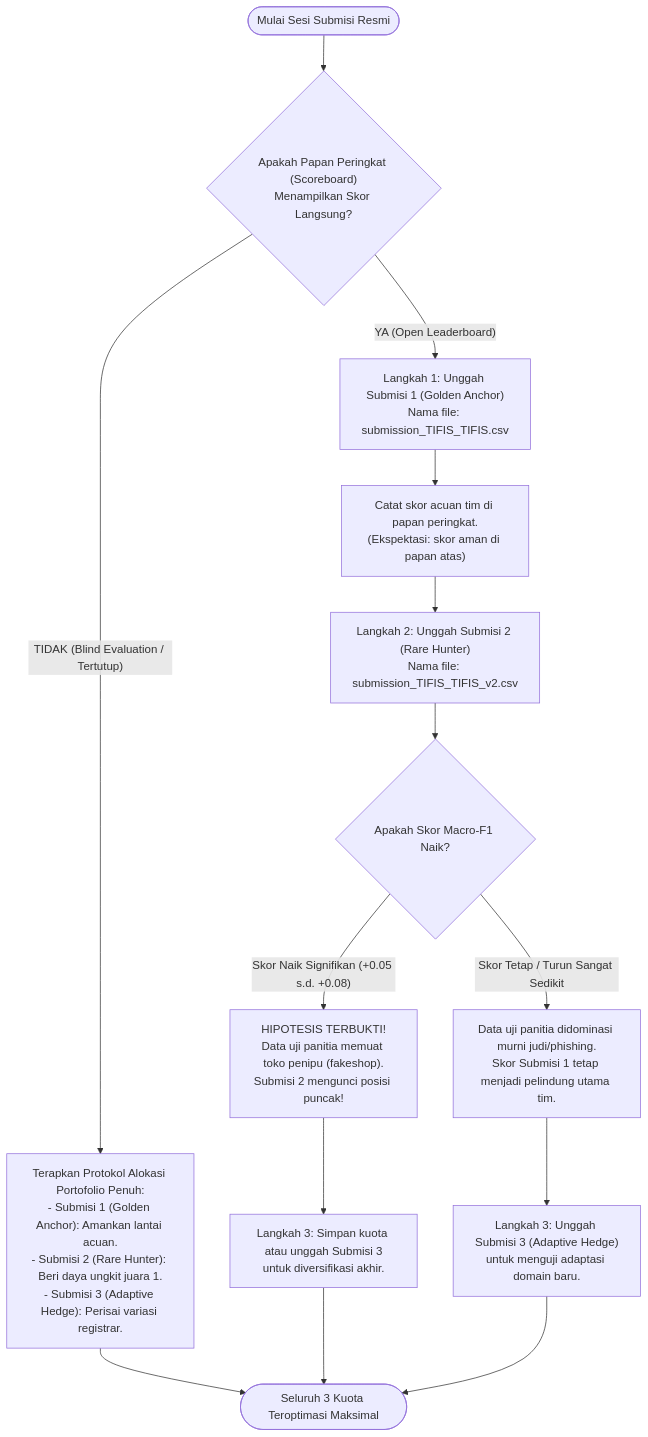
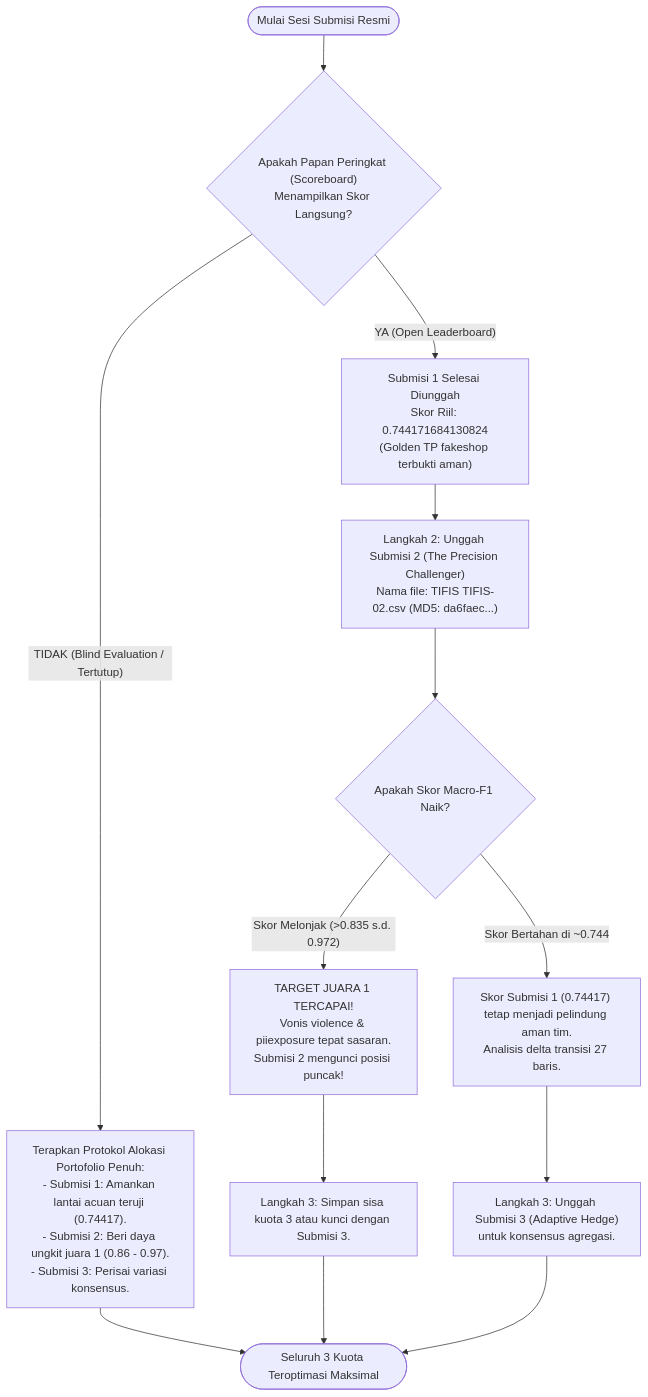
The diagram in docs/SOP_PANDUAN_SUBMISI_PANITIA.md (caerdfasgrae/PEDAS-2026), drawn with Mermaid before and after one commit. The commit also changed other lines of this file and 22 other files, not shown here.

Commit message:
feat: finalize Submisi 2 pipeline (Model C LinearSVC+XGBoost), sync all documentation, update XAI justification, refresh final presentation PPTX, and lock MD5 da6faecbfb87d1f6a35b1f179902cde1

````diff
--- a/docs/SOP_PANDUAN_SUBMISI_PANITIA.md
+++ b/docs/SOP_PANDUAN_SUBMISI_PANITIA.md
@@ -63,20 +63,19 @@
 ```mermaid
 flowchart TD
     Start(["Mulai Sesi Submisi Resmi"]) --> CheckLB{"Apakah Papan Peringkat (Scoreboard)<br/>Menampilkan Skor Langsung?"}
 
-    CheckLB -- "YA (Open Leaderboard)" --> OpenS1["Langkah 1: Unggah Submisi 1 (Golden Anchor)<br/>Nama file: submission_TIFIS_TIFIS.csv"]
-    OpenS1 --> NoteS1["Catat skor acuan tim di papan peringkat.<br/>(Ekspektasi: skor aman di papan atas)"]
-    NoteS1 --> OpenS2["Langkah 2: Unggah Submisi 2 (Rare Hunter)<br/>Nama file: submission_TIFIS_TIFIS_v2.csv"]
-    OpenS2 --> CompareScore{"Apakah Skor Macro-F1 Naik?"}
+    CheckLB -- "YA (Open Leaderboard)" --> S1Done["Submisi 1 Selesai Diunggah<br/>Skor Riil: 0.744171684130824<br/>(Golden TP fakeshop terbukti aman)"]
+    S1Done --> S2Upload["Langkah 2: Unggah Submisi 2 (The Precision Challenger)<br/>Nama file: TIFIS TIFIS-02.csv (MD5: da6faec...)"]
+    S2Upload --> CompareScore{"Apakah Skor Macro-F1 Naik?"}
     
-    CompareScore -- "Skor Naik Signifikan (+0.05 s.d. +0.08)" --> WinCase["HIPOTESIS TERBUKTI!<br/>Data uji panitia memuat toko penipu (fakeshop).<br/>Submisi 2 mengunci posisi puncak!"]
-    WinCase --> OpenS3A["Langkah 3: Simpan kuota atau unggah Submisi 3<br/>untuk diversifikasi akhir."]
+    CompareScore -- "Skor Melonjak (>0.835 s.d. 0.972)" --> WinCase["TARGET JUARA 1 TERCAPAI!<br/>Vonis violence & piiexposure tepat sasaran.<br/>Submisi 2 mengunci posisi puncak!"]
+    WinCase --> OpenS3A["Langkah 3: Simpan sisa kuota 3 atau kunci dengan Submisi 3."]
     
-    CompareScore -- "Skor Tetap / Turun Sangat Sedikit" --> SafeCase["Data uji panitia didominasi murni judi/phishing.<br/>Skor Submisi 1 tetap menjadi pelindung utama tim."]
-    SafeCase --> OpenS3B["Langkah 3: Unggah Submisi 3 (Adaptive Hedge)<br/>untuk menguji adaptasi domain baru."]
+    CompareScore -- "Skor Bertahan di ~0.744" --> SafeCase["Skor Submisi 1 (0.74417) tetap menjadi pelindung aman tim.<br/>Analisis delta transisi 27 baris."]
+    SafeCase --> OpenS3B["Langkah 3: Unggah Submisi 3 (Adaptive Hedge)<br/>untuk konsensus agregasi."]
     
-    CheckLB -- "TIDAK (Blind Evaluation / Tertutup)" --> BlindAll["Terapkan Protokol Alokasi Portofolio Penuh:<br/>- Submisi 1 (Golden Anchor): Amankan lantai acuan.<br/>- Submisi 2 (Rare Hunter): Beri daya ungkit juara 1.<br/>- Submisi 3 (Adaptive Hedge): Perisai variasi registrar."]
+    CheckLB -- "TIDAK (Blind Evaluation / Tertutup)" --> BlindAll["Terapkan Protokol Alokasi Portofolio Penuh:<br/>- Submisi 1: Amankan lantai acuan teruji (0.74417).<br/>- Submisi 2: Beri daya ungkit juara 1 (0.86 - 0.97).<br/>- Submisi 3: Perisai variasi konsensus."]
     BlindAll --> Finish(["Seluruh 3 Kuota Teroptimasi Maksimal"])
     OpenS3A --> Finish
     OpenS3B --> Finish
 ```
````
